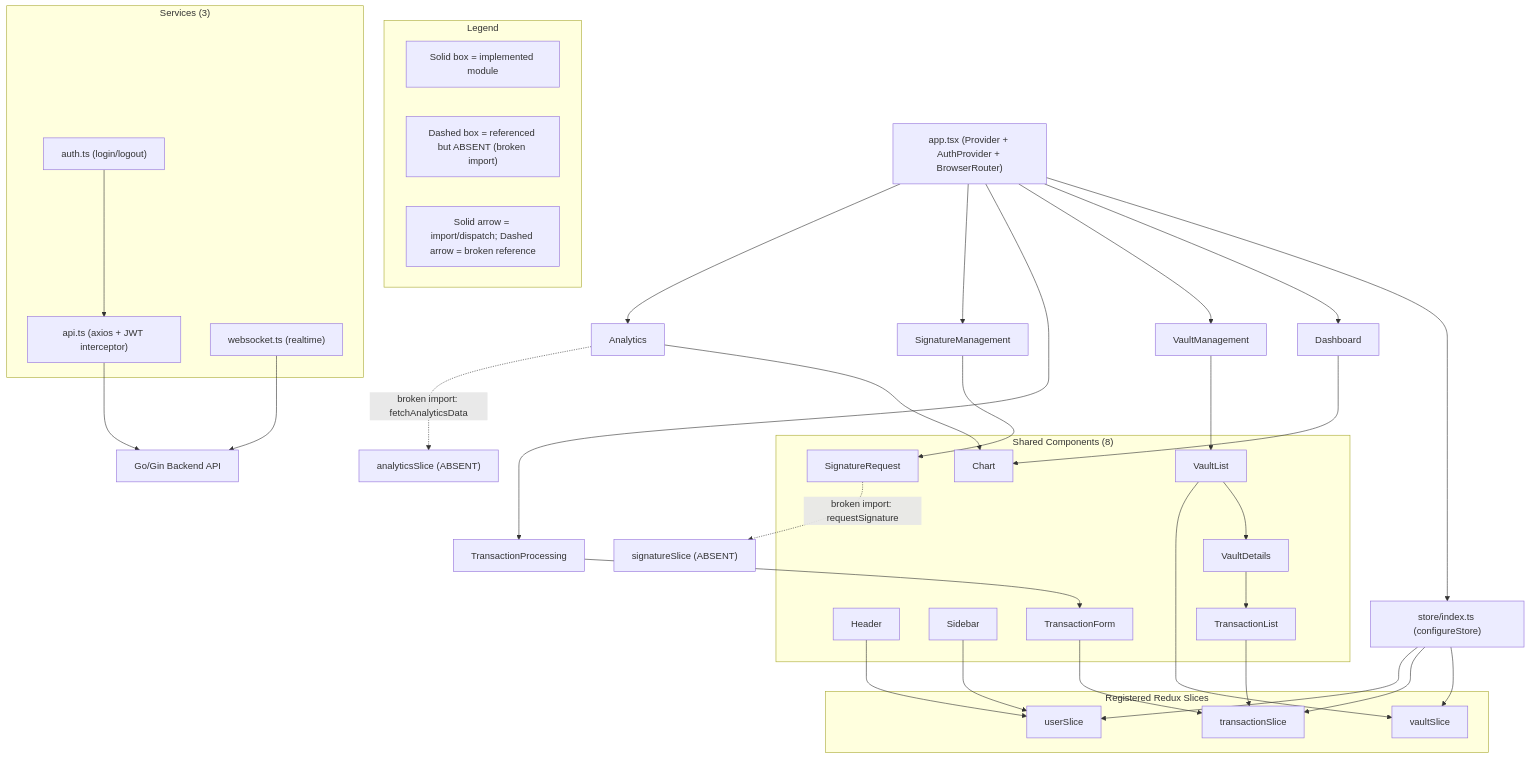
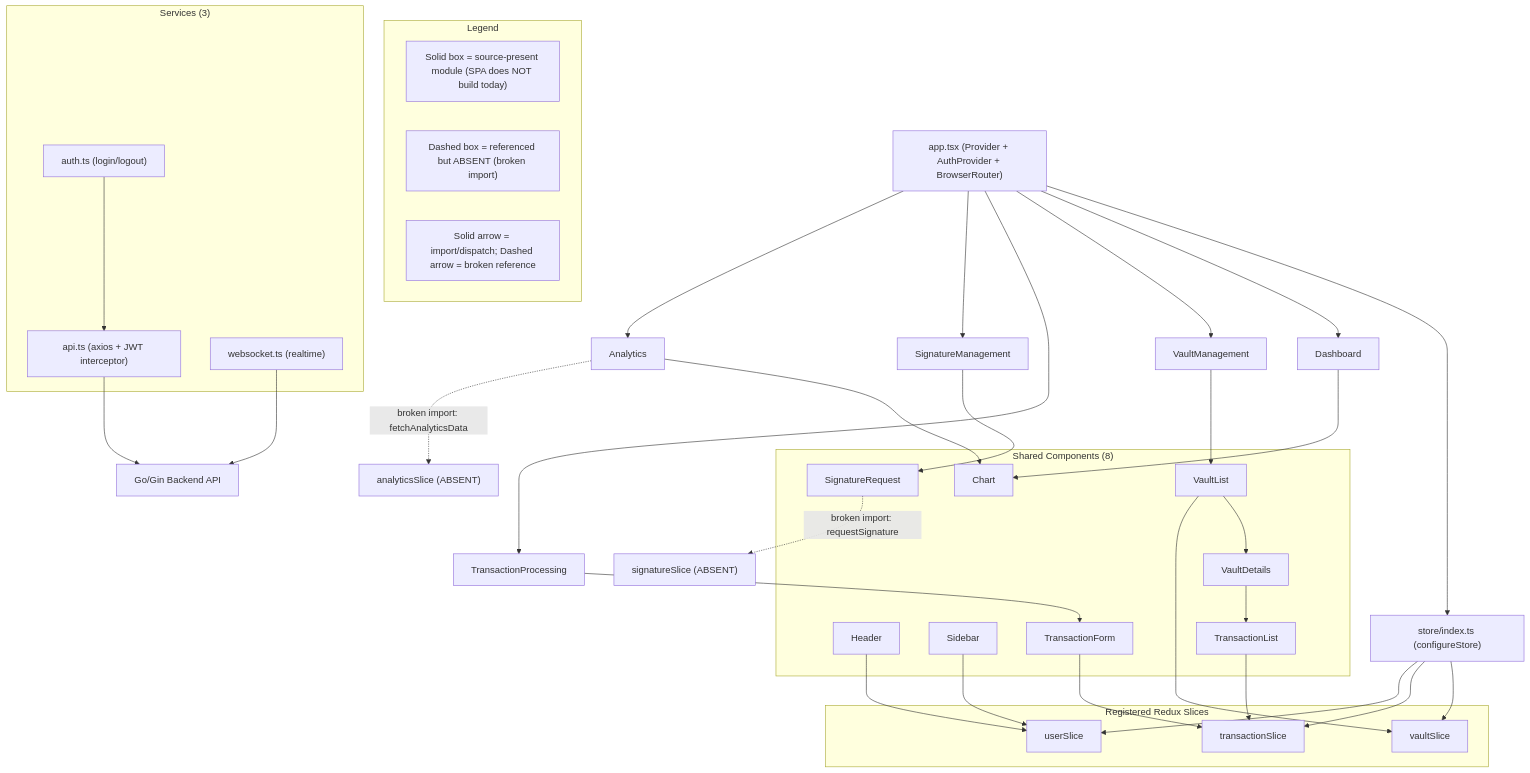
One commit to blitzy-public-samples/blockchain-integration-6edhrq changed the diagram in docs/architecture/frontend.md. Above: the diagram before and after it, drawn with Mermaid. The commit also changed other lines of this file and 27 other files, not shown here.

````diff
--- a/docs/architecture/frontend.md
+++ b/docs/architecture/frontend.md
@@ -21,67 +22,67 @@
 ```mermaid
 flowchart TD
     subgraph Legend_A3["Legend"]
-        LG1["Solid box = implemented module"]
+        LG1["Solid box = source-present module (SPA does NOT build today)"]
         LG2["Dashed box = referenced but ABSENT (broken import)"]
         LG3["Solid arrow = import/dispatch; Dashed arrow = broken reference"]
     end
 
     App["app.tsx (Provider + AuthProvider + BrowserRouter)"]
     App --> Store["store/index.ts (configureStore)"]
     App --> Dash["Dashboard"]
     App --> VaultPg["VaultManagement"]
     App --> TxPg["TransactionProcessing"]
     App --> SigPg["SignatureManagement"]
     App --> Ana["Analytics"]
 
     subgraph Comp["Shared Components (8)"]
         Header["Header"]
         Sidebar["Sidebar"]
         Chart["Chart"]
         VaultList["VaultList"]
         VaultDetails["VaultDetails"]
         TxForm["TransactionForm"]
         TxList["TransactionList"]
         SigReq["SignatureRequest"]
     end
 
     subgraph Slices["Registered Redux Slices"]
         VaultSlice["vaultSlice"]
         TxSlice["transactionSlice"]
         UserSlice["userSlice"]
     end
 
     AnaSlice["analyticsSlice (ABSENT)"]
     SigSlice["signatureSlice (ABSENT)"]
 
     subgraph Svc["Services (3)"]
         Api["api.ts (axios + JWT interceptor)"]
         Auth["auth.ts (login/logout)"]
         Ws["websocket.ts (realtime)"]
     end
 
     Store --> VaultSlice
     Store --> TxSlice
     Store --> UserSlice
 
     VaultPg --> VaultList
     VaultList --> VaultDetails
     VaultDetails --> TxList
     TxPg --> TxForm
     SigPg --> SigReq
     Dash --> Chart
     Ana --> Chart
 
     VaultList --> VaultSlice
     TxForm --> TxSlice
     TxList --> TxSlice
     Header --> UserSlice
     Sidebar --> UserSlice
 
     Ana -.->|"broken import: fetchAnalyticsData"| AnaSlice
     SigReq -.->|"broken import: requestSignature"| SigSlice
 
     Api --> Backend["Go/Gin Backend API"]
     Auth --> Api
     Ws --> Backend
 ```
````
